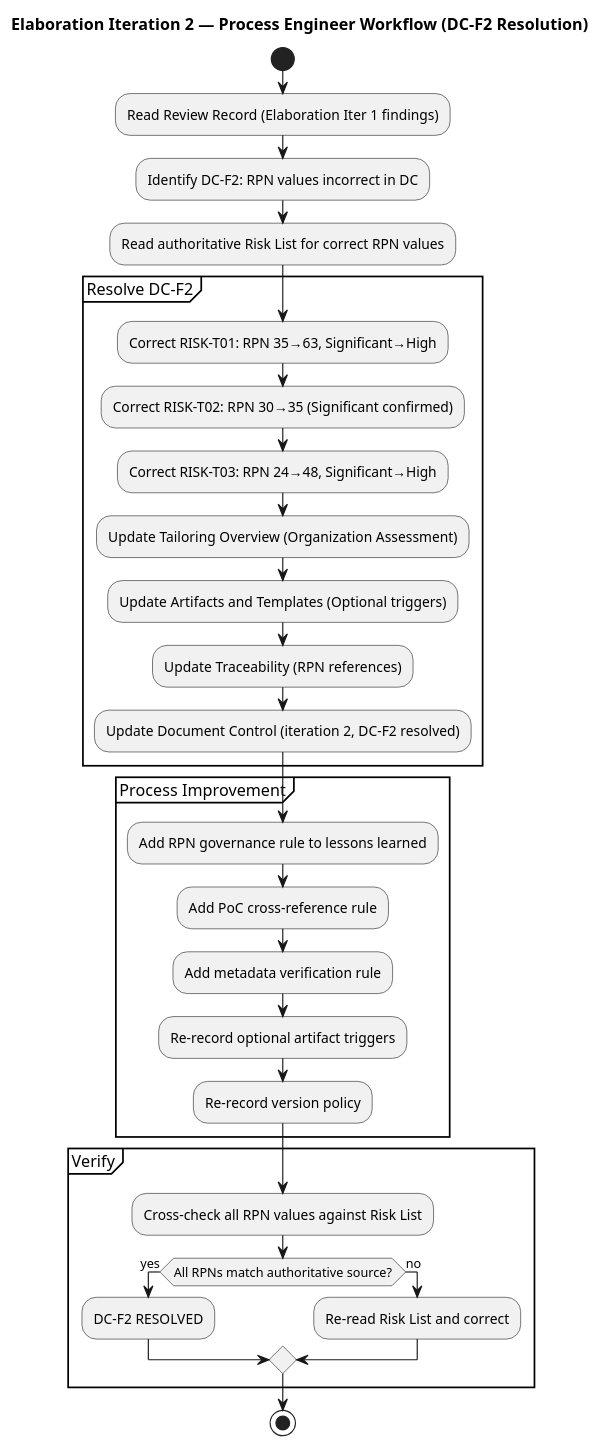
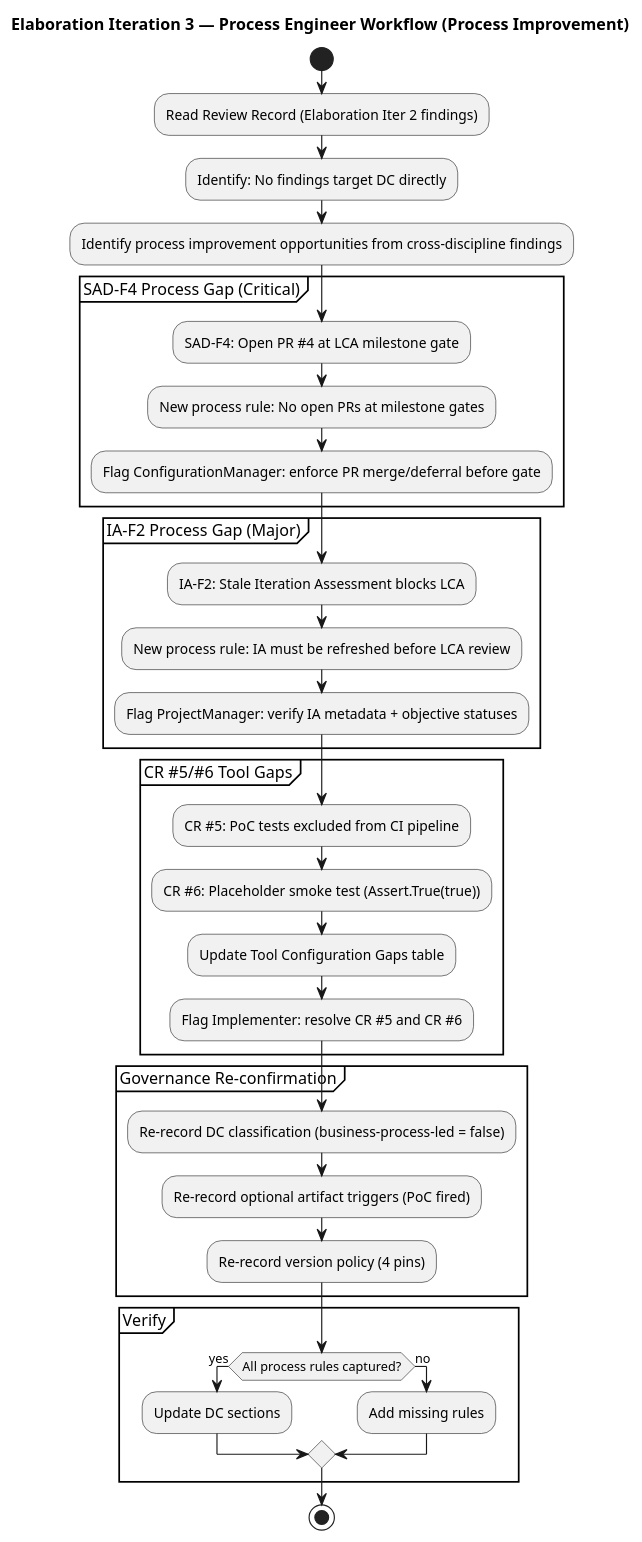
One commit to banense-test/demo-janke-lab changed the first of 2 diagrams in docs/artifacts/environment/development-case.md. Above: the diagram before and after it, drawn with PlantUML. The commit also changed other lines of this file, not shown here.

Commit message:
Process Engineer [E3]: upsert Development Case
[skip ci]

````diff
--- a/docs/artifacts/environment/development-case.md
+++ b/docs/artifacts/environment/development-case.md
@@ -130,39 +130,45 @@
 ```plantuml
 @startuml
-title Elaboration Iteration 2 — Process Engineer Workflow (DC-F2 Resolution)
+title Elaboration Iteration 3 — Process Engineer Workflow (Process Improvement)
 
 start
-:Read Review Record (Elaboration Iter 1 findings);
-:Identify DC-F2: RPN values incorrect in DC;
-:Read authoritative Risk List for correct RPN values;
+:Read Review Record (Elaboration Iter 2 findings);
+:Identify: No findings target DC directly;
+:Identify process improvement opportunities from cross-discipline findings;
 
-partition "Resolve DC-F2" {
-  :Correct RISK-T01: RPN 35→63, Significant→High;
-  :Correct RISK-T02: RPN 30→35 (Significant confirmed);
-  :Correct RISK-T03: RPN 24→48, Significant→High;
-  :Update Tailoring Overview (Organization Assessment);
-  :Update Artifacts and Templates (Optional triggers);
-  :Update Traceability (RPN references);
-  :Update Document Control (iteration 2, DC-F2 resolved);
+partition "SAD-F4 Process Gap (Critical)" {
+  :SAD-F4: Open PR #4 at LCA milestone gate;
+  :New process rule: No open PRs at milestone gates;
+  :Flag ConfigurationManager: enforce PR merge/deferral before gate;
 }
 
-partition "Process Improvement" {
-  :Add RPN governance rule to lessons learned;
-  :Add PoC cross-reference rule;
-  :Add metadata verification rule;
-  :Re-record optional artifact triggers;
-  :Re-record version policy;
+partition "IA-F2 Process Gap (Major)" {
+  :IA-F2: Stale Iteration Assessment blocks LCA;
+  :New process rule: IA must be refreshed before LCA review;
+  :Flag ProjectManager: verify IA metadata + objective statuses;
+}
+
+partition "CR #5/#6 Tool Gaps" {
+  :CR #5: PoC tests excluded from CI pipeline;
+  :CR #6: Placeholder smoke test (Assert.True(true));
+  :Update Tool Configuration Gaps table;
+  :Flag Implementer: resolve CR #5 and CR #6;
+}
+
+partition "Governance Re-confirmation" {
+  :Re-record DC classification (business-process-led = false);
+  :Re-record optional artifact triggers (PoC fired);
+  :Re-record version policy (4 pins);
 }
 
 partition "Verify" {
-  :Cross-check all RPN values against Risk List;
-  if (All RPNs match authoritative source?) then (yes)
-    :DC-F2 RESOLVED;
+  if (All process rules captured?) then (yes)
+    :Update DC sections;
   else (no)
-    :Re-read Risk List and correct;
+    :Add missing rules;
   endif
 }
 
 stop
 @enduml
 ```
````
